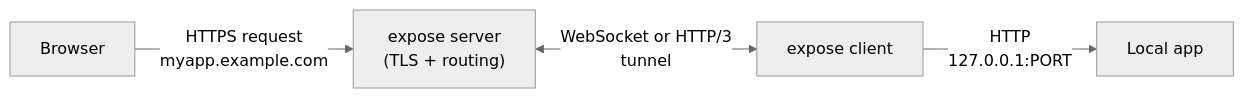
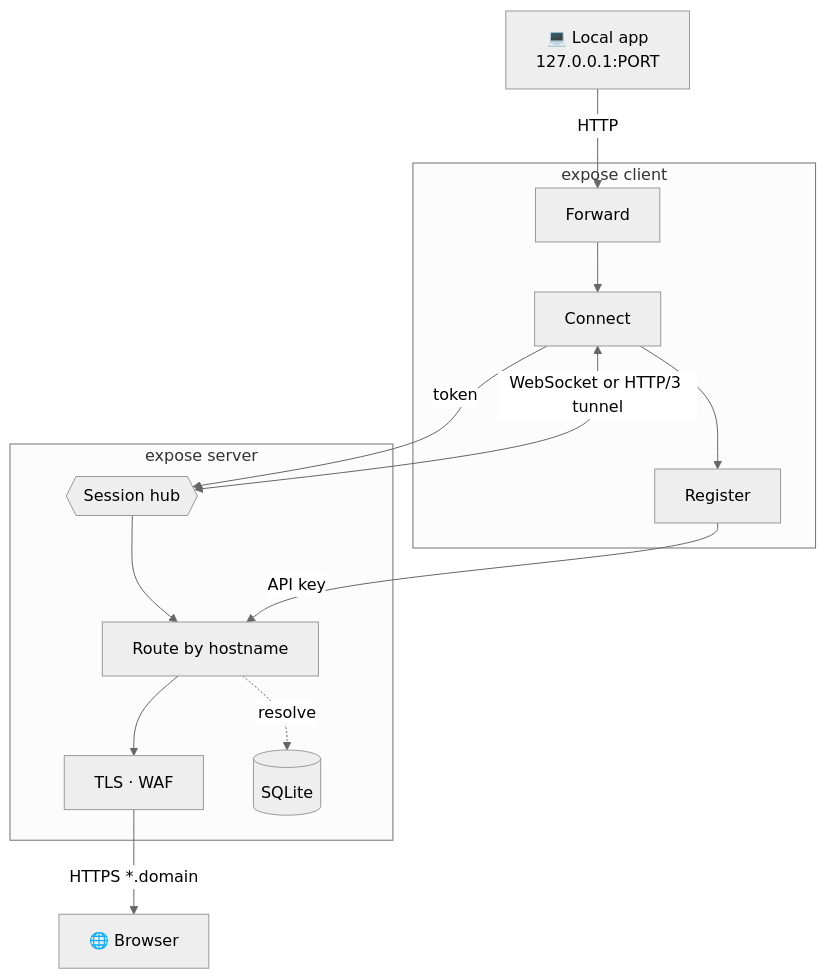
Before and after one commit to koltyakov/expose: the first of 2 diagrams in docs/architecture-overview.md, drawn with Mermaid (neutral theme). The commit also changed 2 other files, not shown here.

Commit message:
feat: update architecture diagrams and replace mermaid flowchart with new design

````diff
--- a/docs/architecture-overview.md
+++ b/docs/architecture-overview.md
@@ -7,6 +7,26 @@
 ```mermaid
-flowchart LR
-    Browser["Browser"] -- "HTTPS request<br/>myapp.example.com" --> Server
-    Server["expose server<br/>(TLS + routing)"] -- "WebSocket or HTTP/3<br/>tunnel" <--> Client["expose client"]
-    Client -- "HTTP<br/>127.0.0.1:PORT" --> App["Local app"]
+flowchart TB
+    App["💻 Local app<br/>127.0.0.1:PORT"]
+
+    subgraph client["expose client"]
+        Fwd["Forward"] --> Conn["Connect"] --> Reg["Register"]
+    end
+
+    subgraph server["expose server"]
+        Hub{{"Session hub"}}
+        Route["Route by hostname"]
+        TLS["TLS · WAF"]
+        DB[("SQLite")]
+
+        Hub --> Route --> TLS
+        Route -. resolve .-> DB
+    end
+
+    Browser["🌐 Browser"]
+
+    App -- "HTTP" --> Fwd
+    Hub <-- "WebSocket or HTTP/3 tunnel" --> Conn
+    Conn -- "token" --> Hub
+    Reg -- "API key" --> Route
+    TLS -- "HTTPS *.domain" --> Browser
 ```
````
